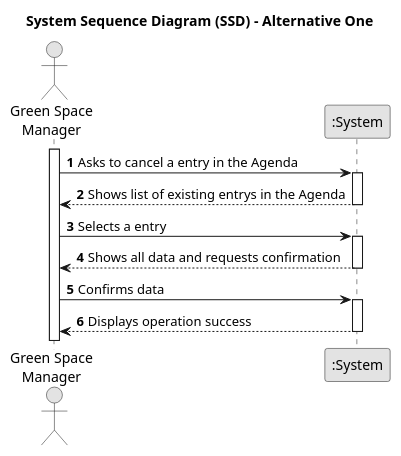
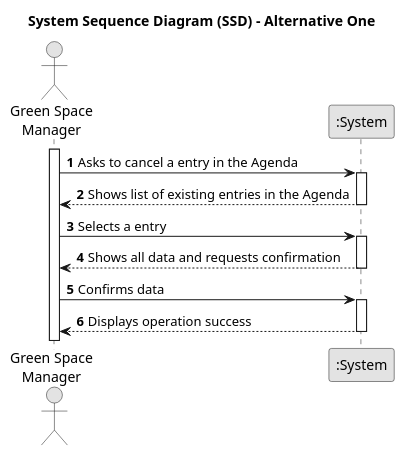
One commit to daniel41silva05/ISEP_2023_2024_LAPR2 changed the diagram in docs/sprintA&B&C/us025/01.requirements-engineering/puml/us025-system-sequence-diagram-alternative-one.puml. Above: the diagram before and after it, drawn with PlantUML. The commit also changed 29 other files, not shown here.

```diff
--- a/docs/sprintA&B&C/us025/01.requirements-engineering/puml/us025-system-sequence-diagram-alternative-one.puml
+++ b/docs/sprintA&B&C/us025/01.requirements-engineering/puml/us025-system-sequence-diagram-alternative-one.puml
@@ -1,33 +1,33 @@
 @startuml
 skinparam monochrome true
 skinparam packageStyle rectangle
 skinparam shadowing false
 
 title System Sequence Diagram (SSD) - Alternative One
 
 autonumber
 
 actor "Green Space\nManager" as GSM
 participant ":System" as System
 
 activate GSM
 
     GSM -> System : Asks to cancel a entry in the Agenda
     activate System
 
-        System --> GSM : Shows list of existing entrys in the Agenda
+        System --> GSM : Shows list of existing entries in the Agenda
     deactivate System
 
     GSM -> System : Selects a entry
     activate System
 
         System --> GSM : Shows all data and requests confirmation
     deactivate System
 
     GSM -> System : Confirms data
     activate System
 
         System --> GSM : Displays operation success
     deactivate System
 
 @enduml
```
